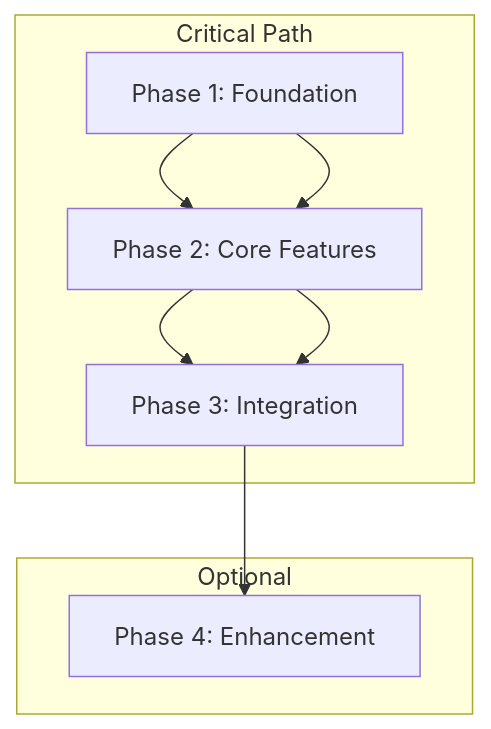
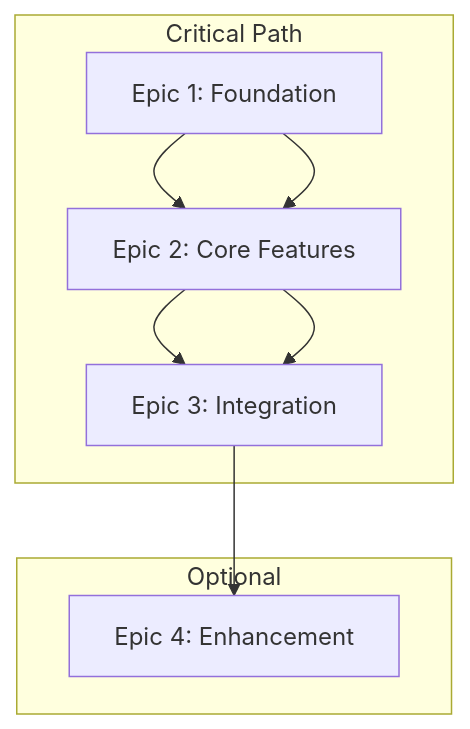
Before and after one commit to alto9/cursor-context-engineering: the diagram in ai/tools/formats/Roadmap.md, drawn with Mermaid. The commit also changed other lines of this file and 10 other files, not shown here.

````diff
--- a/ai/tools/formats/Roadmap.md
+++ b/ai/tools/formats/Roadmap.md
@@ -67,14 +67,14 @@
 ```mermaid
 graph TD
-    P1[Phase 1: Foundation] --> P2[Phase 2: Core Features]
-    P2 --> P3[Phase 3: Integration]
-    P3 --> P4[Phase 4: Enhancement]
+    P1[Epic 1: Foundation] --> P2[Epic 2: Core Features]
+    P2 --> P3[Epic 3: Integration]
+    P3 --> P4[Epic 4: Enhancement]
     
     subgraph "Critical Path"
     P1 --> P2 --> P3
     end
     
     subgraph "Optional"
     P4
     end
 ```
````
